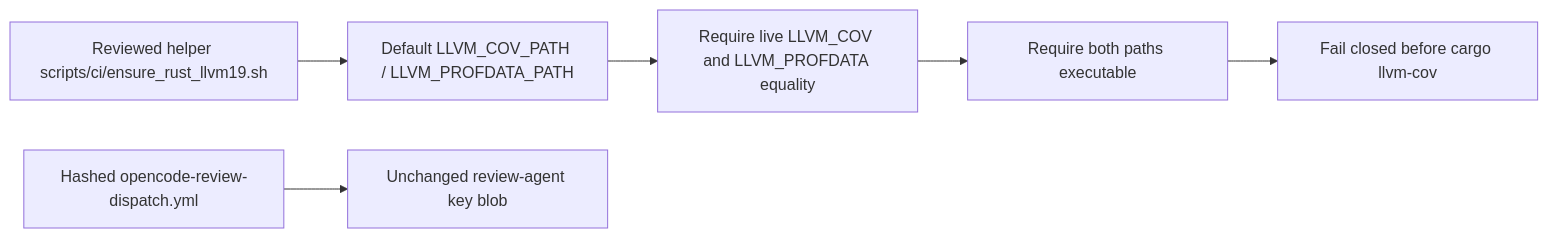
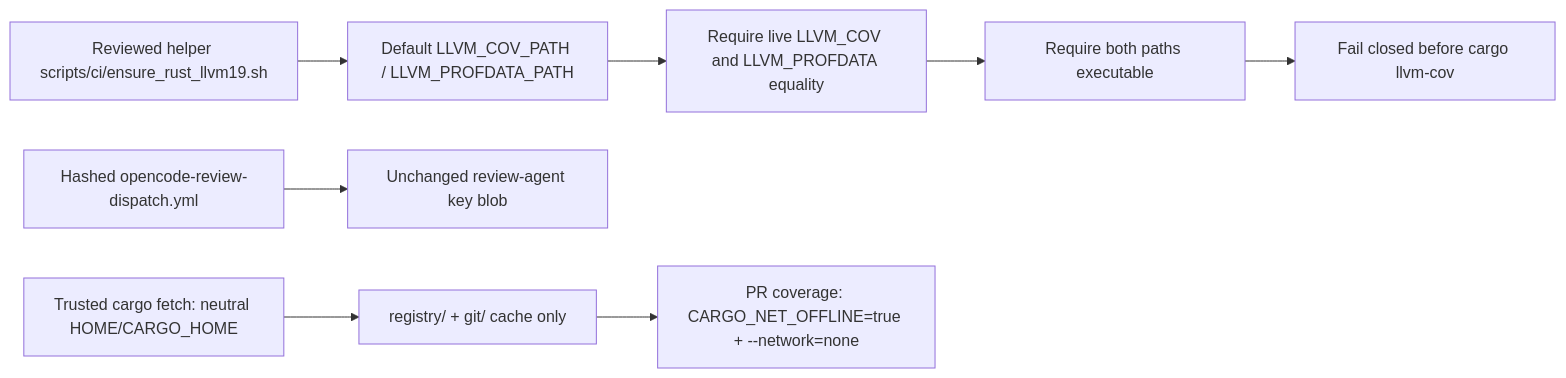
Before and after one commit to ContextualWisdomLab/.github: the diagram in docs/doctoring/opencode-rust-coverage-runtime-boundary.md, drawn with Mermaid. The commit also changed other lines of this file and 4 other files, not shown here.

Commit message:
fix(coverage): prefetch locked Rust dependencies offline

````diff
--- a/docs/doctoring/opencode-rust-coverage-runtime-boundary.md
+++ b/docs/doctoring/opencode-rust-coverage-runtime-boundary.md
@@ -53,8 +62,10 @@
 ```mermaid
 flowchart LR
   A["Reviewed helper scripts/ci/ensure_rust_llvm19.sh"] --> B["Default LLVM_COV_PATH / LLVM_PROFDATA_PATH"]
   B --> C["Require live LLVM_COV and LLVM_PROFDATA equality"]
   C --> D["Require both paths executable"]
   D --> E["Fail closed before cargo llvm-cov"]
   F["Hashed opencode-review-dispatch.yml"] --> G["Unchanged review-agent key blob"]
+  H["Trusted cargo fetch: neutral HOME/CARGO_HOME"] --> I["registry/ + git/ cache only"]
+  I --> J["PR coverage: CARGO_NET_OFFLINE=true + --network=none"]
 ```
````
